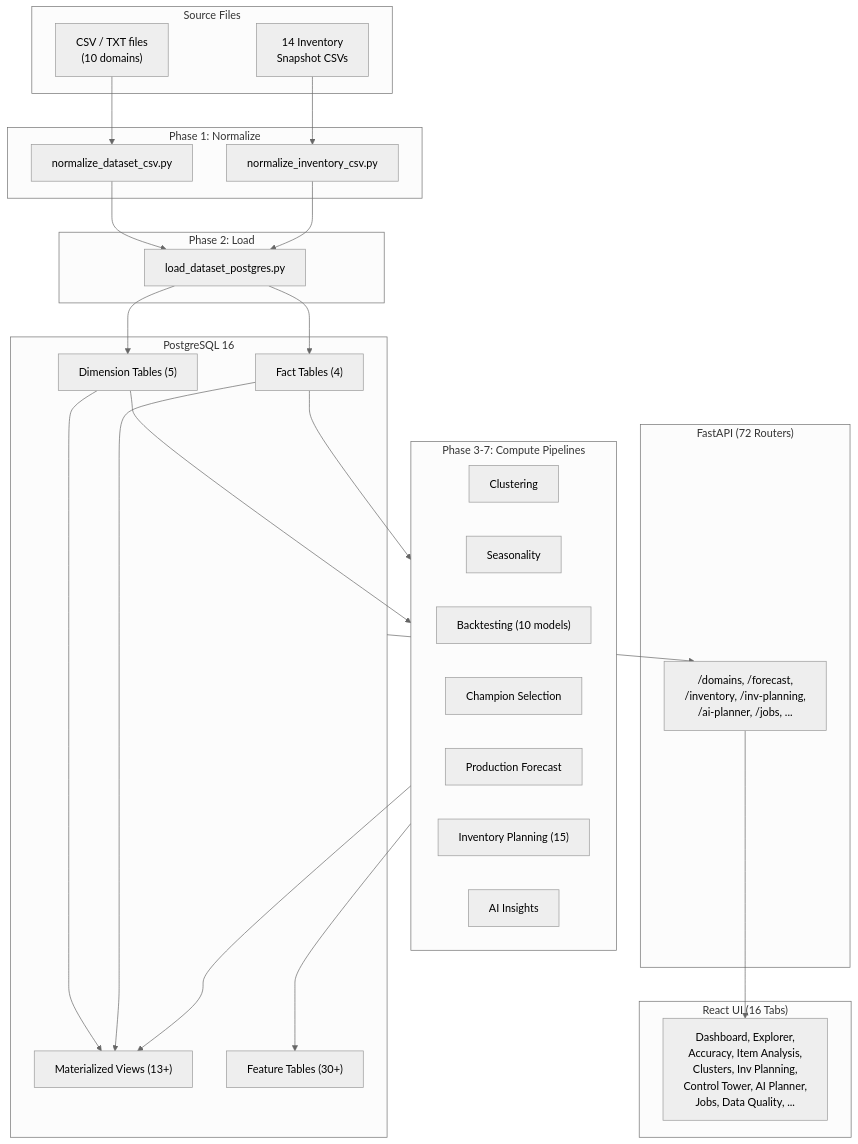
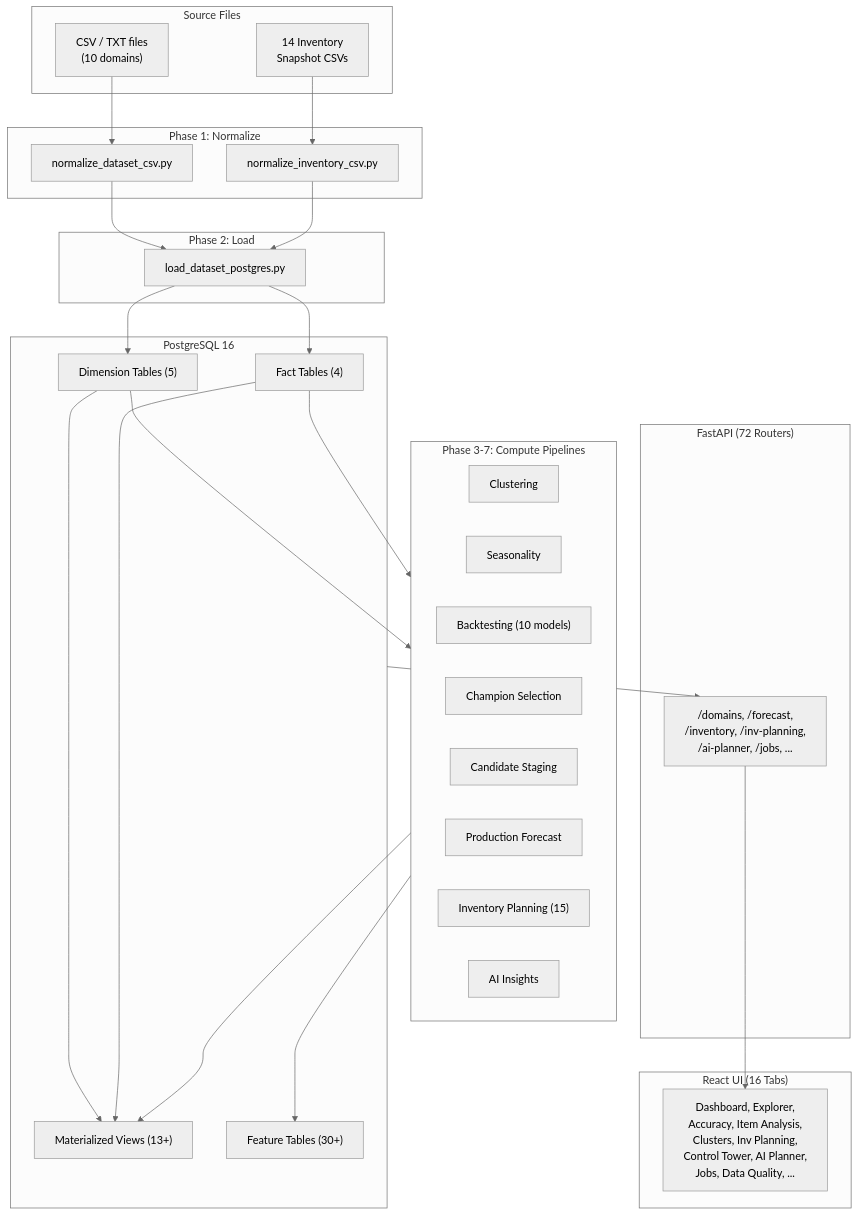
Before and after one commit to chidammano-hash/DemandProject: the first of 4 diagrams in docs/ARCHITECTURE.md, drawn with Mermaid (neutral theme). The commit also changed other lines of this file and 5 other files, not shown here.

````diff
--- a/docs/ARCHITECTURE.md
+++ b/docs/ARCHITECTURE.md
@@ -58,49 +58,50 @@
 ```mermaid
 flowchart TD
     subgraph SRC["Source Files"]
         CSV["CSV / TXT files<br/>(10 domains)"]
         INV["14 Inventory<br/>Snapshot CSVs"]
     end
 
     subgraph NORM["Phase 1: Normalize"]
         N1["normalize_dataset_csv.py"]
         N2["normalize_inventory_csv.py"]
     end
 
     subgraph LOAD["Phase 2: Load"]
         L1["load_dataset_postgres.py"]
     end
 
     subgraph PG["PostgreSQL 16"]
         DIM["Dimension Tables (5)"]
         FACT["Fact Tables (4)"]
         MV["Materialized Views (13+)"]
         FEAT["Feature Tables (30+)"]
     end
 
     subgraph COMPUTE["Phase 3-7: Compute Pipelines"]
         CL["Clustering"]
         SEAS["Seasonality"]
         BT["Backtesting (10 models)"]
         CHAMP["Champion Selection"]
+        CAND["Candidate Staging"]
         PROD["Production Forecast"]
         INVP["Inventory Planning (15)"]
         AI["AI Insights"]
     end
 
     subgraph API["FastAPI (72 Routers)"]
         REST["/domains, /forecast,<br/>/inventory, /inv-planning,<br/>/ai-planner, /jobs, ..."]
     end
 
     subgraph UI["React UI (16 Tabs)"]
         TABS["Dashboard, Explorer,<br/>Accuracy, Item Analysis,<br/>Clusters, Inv Planning,<br/>Control Tower, AI Planner,<br/>Jobs, Data Quality, ..."]
     end
 
     CSV --> N1 --> L1
     INV --> N2 --> L1
     L1 --> DIM & FACT
     DIM & FACT --> MV
     DIM & FACT --> COMPUTE
     COMPUTE --> FEAT & MV
     PG --> REST --> TABS
 ```
````
